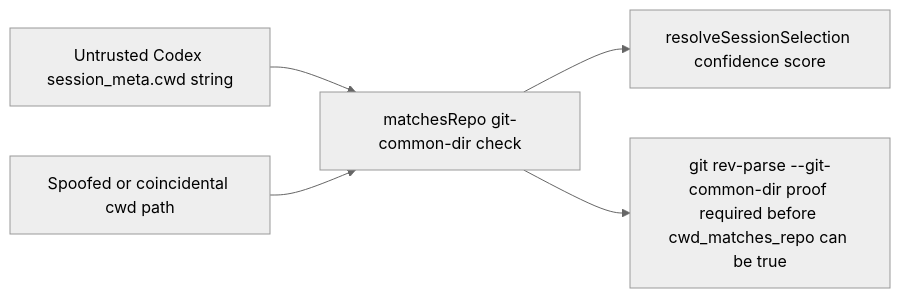
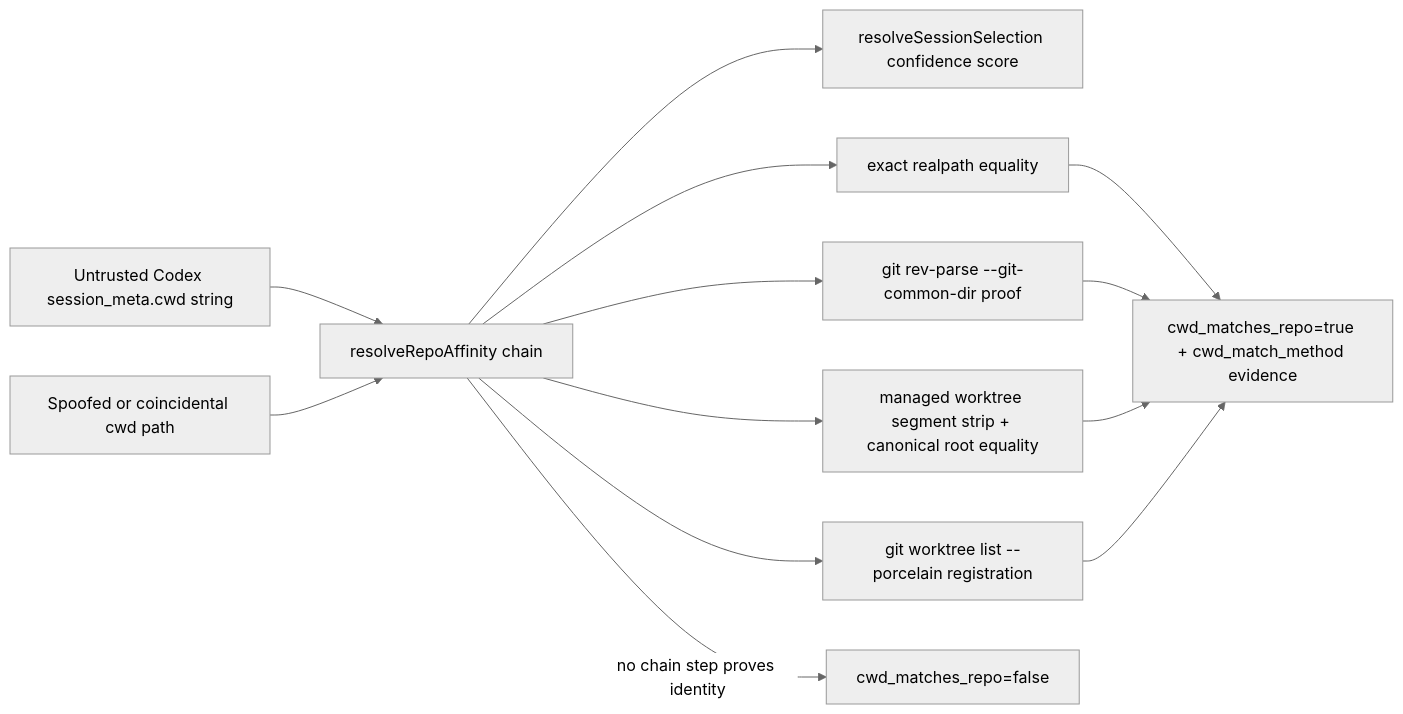
One commit to Unson-LLC/vibepro changed the diagram in docs/specs/story-vibepro-session-time-cwd-normalization.md. Above: the diagram before and after it, drawn with Mermaid (neutral theme). The commit also changed other lines of this file and 5 other files, not shown here.

First line of the commit message:
fix: normalize deleted-worktree session cwds via deterministic affinity chain

````diff
--- a/docs/specs/story-vibepro-session-time-cwd-normalization.md
+++ b/docs/specs/story-vibepro-session-time-cwd-normalization.md
@@ -11,7 +11,15 @@
 ```mermaid
 flowchart LR
-  Actor[Untrusted Codex session_meta.cwd string] --> Surface[matchesRepo git-common-dir check]
+  Actor[Untrusted Codex session_meta.cwd string] --> Surface[resolveRepoAffinity chain]
   Surface --> Asset[resolveSessionSelection confidence score]
   Threat[Spoofed or coincidental cwd path] --> Surface
-  Surface --> Control[git rev-parse --git-common-dir proof required before cwd_matches_repo can be true]
+  Surface --> C1[exact realpath equality]
+  Surface --> C2[git rev-parse --git-common-dir proof]
+  Surface --> C3[managed worktree segment strip + canonical root equality]
+  Surface --> C4[git worktree list --porcelain registration]
+  C1 --> Match[cwd_matches_repo=true + cwd_match_method evidence]
+  C2 --> Match
+  C3 --> Match
+  C4 --> Match
+  Surface -->|no chain step proves identity| Reject[cwd_matches_repo=false]
 ```
````
